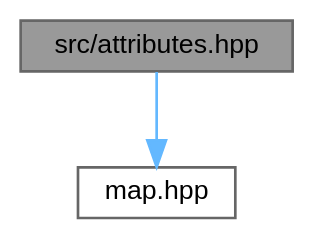
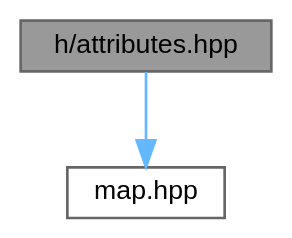
One commit to ekmett/ein changed the diagram in d2/d0f/attributes_8hpp__incl.dot. Above: the diagram before and after it, drawn with Graphviz. The commit also changed 135 other files, not shown here.

```diff
--- a/d2/d0f/attributes_8hpp__incl.dot
+++ b/d2/d0f/attributes_8hpp__incl.dot
@@ -1,10 +1,10 @@
-digraph "src/attributes.hpp"
+digraph "h/attributes.hpp"
 {
  // LATEX_PDF_SIZE
   bgcolor="transparent";
   edge [fontname=Helvetica,fontsize=10,labelfontname=Helvetica,labelfontsize=10];
   node [fontname=Helvetica,fontsize=10,shape=box,height=0.2,width=0.4];
-  Node1 [id="Node000001",label="src/attributes.hpp",height=0.2,width=0.4,color="gray40", fillcolor="grey60", style="filled", fontcolor="black",tooltip="defines used to indicate useful attributes for the compiler"];
+  Node1 [id="Node000001",label="h/attributes.hpp",height=0.2,width=0.4,color="gray40", fillcolor="grey60", style="filled", fontcolor="black",tooltip="defines used to indicate useful attributes for the compiler"];
   Node1 -> Node2 [id="edge1_Node000001_Node000002",color="steelblue1",style="solid",tooltip=" "];
   Node2 [id="Node000002",label="map.hpp",height=0.2,width=0.4,color="grey40", fillcolor="white", style="filled",URL="$df/d7c/map_8hpp.html",tooltip=" "];
 }
```
